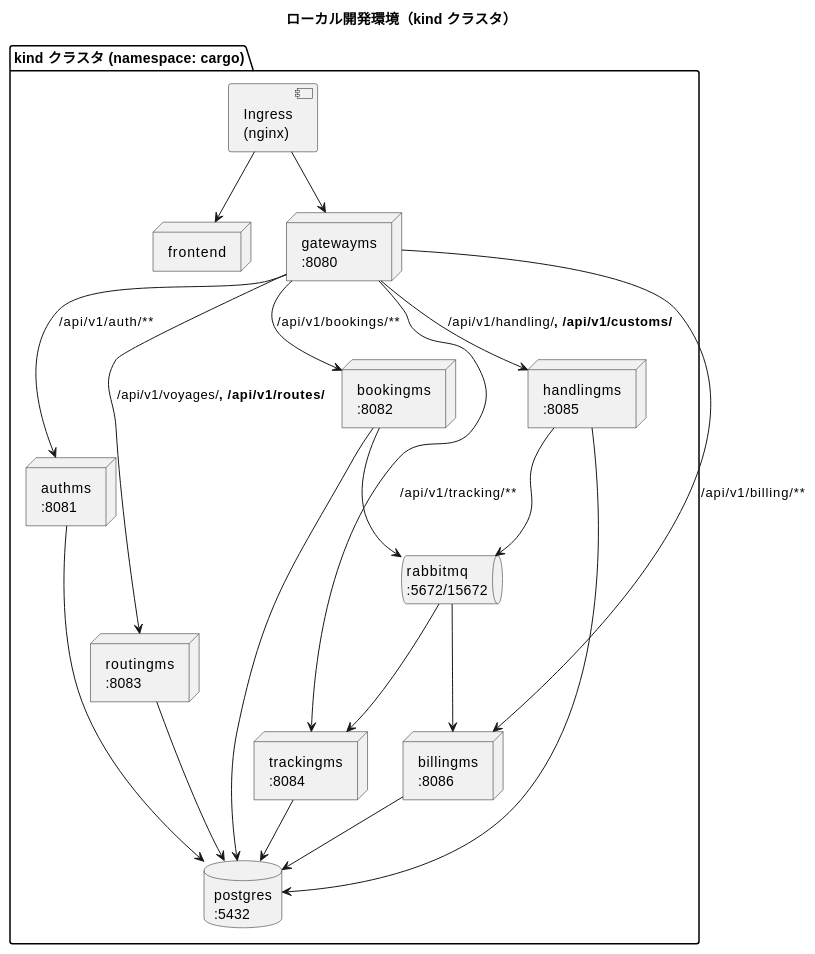
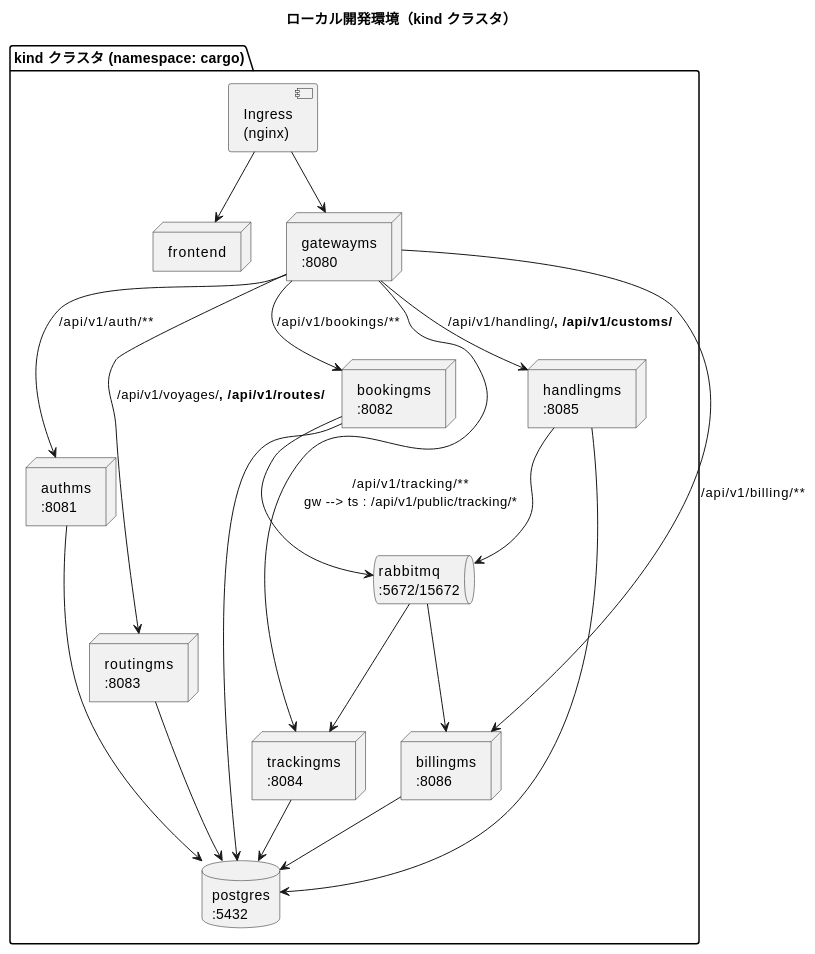
The second of 5 diagrams in docs/design/architecture_infrastructure.md (k2works/case-study-cargo-tracker), drawn with PlantUML before and after one commit. The commit also changed 17 other files, not shown here.

````diff
--- a/docs/design/architecture_infrastructure.md
+++ b/docs/design/architecture_infrastructure.md
@@ -118,42 +118,42 @@
 ```plantuml
 @startuml
 
 title ローカル開発環境（kind クラスタ）
 
 package "kind クラスタ (namespace: cargo)" {
   [Ingress\n(nginx)] as ing
   node "frontend" as fe
   node "gatewayms\n:8080" as gw
   node "authms\n:8081" as auths
   node "bookingms\n:8082" as bs
   node "routingms\n:8083" as rs
   node "trackingms\n:8084" as ts
   node "handlingms\n:8085" as hs
   node "billingms\n:8086" as bis
   database "postgres\n:5432" as db
   queue "rabbitmq\n:5672/15672" as mq
 }
 
 ing --> fe
 ing --> gw
 gw --> auths : /api/v1/auth/**
 gw --> bs : /api/v1/bookings/**
 gw --> rs : /api/v1/voyages/**, /api/v1/routes/**
-gw --> ts : /api/v1/tracking/**
+gw --> ts : /api/v1/tracking/**\ngw --> ts : /api/v1/public/tracking/*
 gw --> hs : /api/v1/handling/**, /api/v1/customs/**
 gw --> bis : /api/v1/billing/**
 
 auths --> db
 bs --> db
 rs --> db
 ts --> db
 hs --> db
 bis --> db
 
 bs --> mq
 hs --> mq
 mq --> ts
 mq --> bis
 
 @enduml
 ```
````
